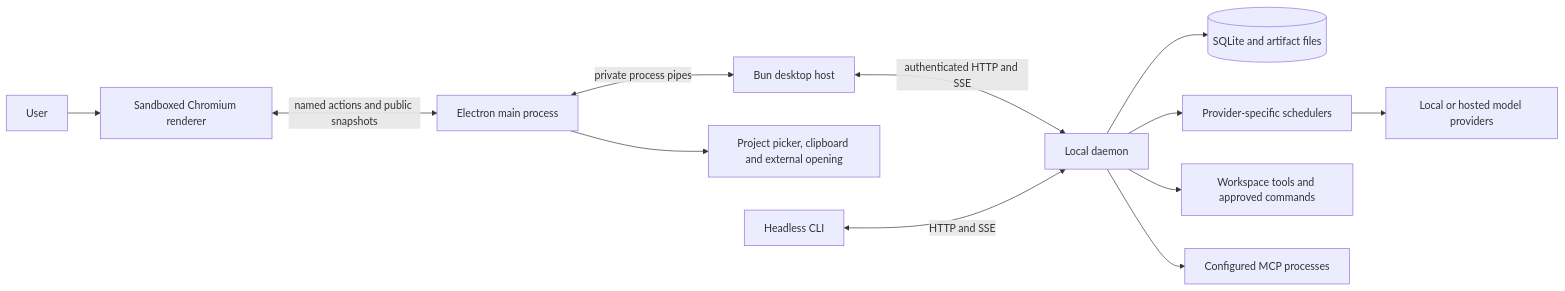
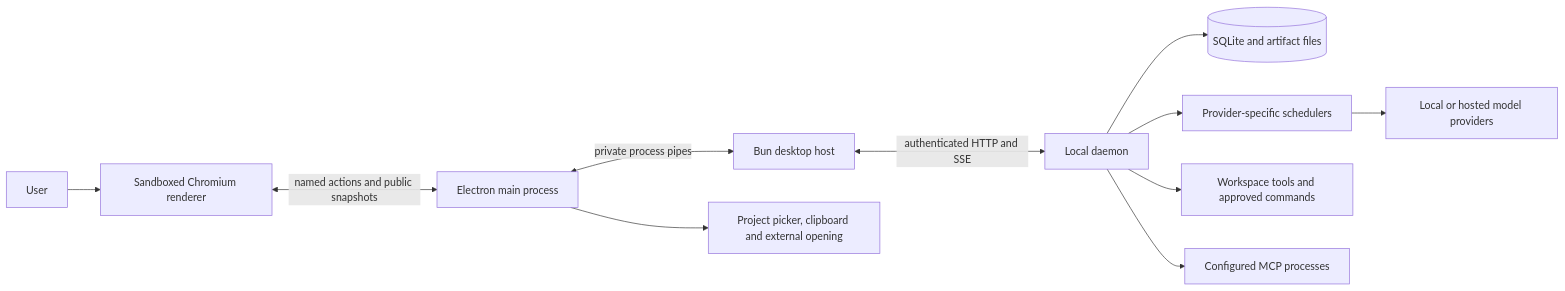
The first of 3 diagrams in docs/architecture.md (Shingi-Michael/demesne-cli), drawn with Mermaid before and after one commit. The commit also changed other lines of this file and 110 other files, not shown here.

````diff
--- a/docs/architecture.md
+++ b/docs/architecture.md
@@ -7,14 +7,13 @@
 ```mermaid
 flowchart LR
     Person[User] --> Page[Sandboxed Chromium renderer]
     Page <-->|named actions and public snapshots| Main[Electron main process]
     Main <-->|private process pipes| Host[Bun desktop host]
     Main --> Native[Project picker, clipboard and external opening]
     Host <-->|authenticated HTTP and SSE| Daemon[Local daemon]
-    CLI[Headless CLI] <-->|HTTP and SSE| Daemon
     Daemon --> Store[(SQLite and artifact files)]
     Daemon --> Slots[Provider-specific schedulers]
     Slots --> Models[Local or hosted model providers]
     Daemon --> Tools[Workspace tools and approved commands]
     Daemon --> MCP[Configured MCP processes]
 ```
````
